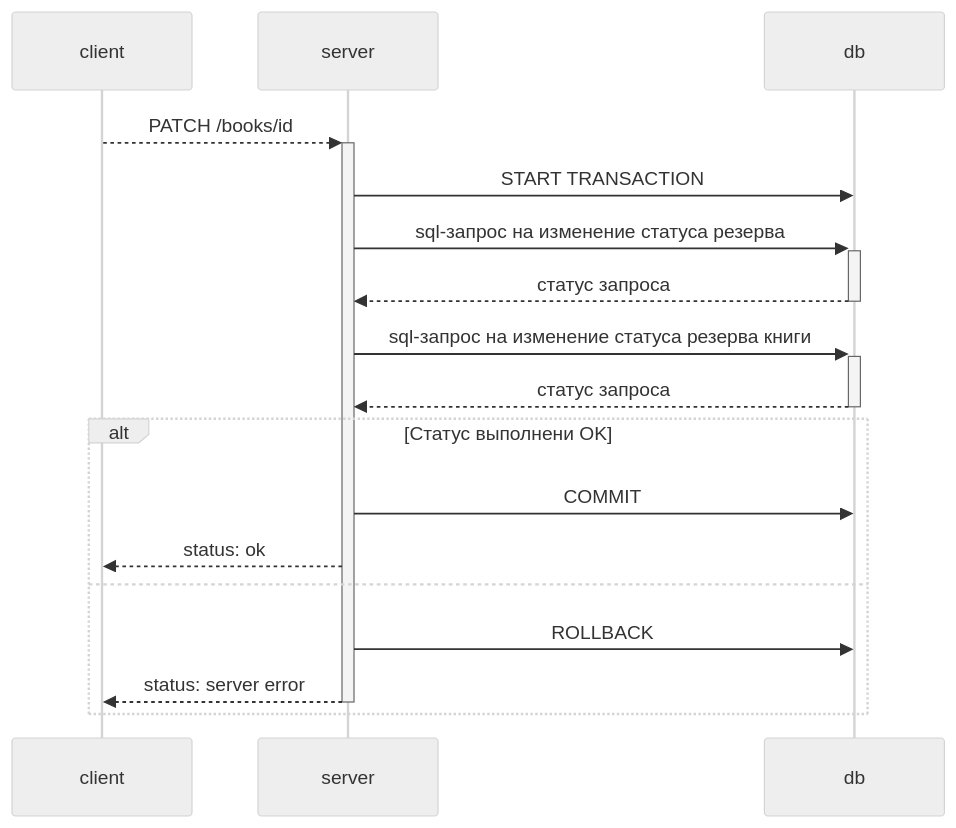
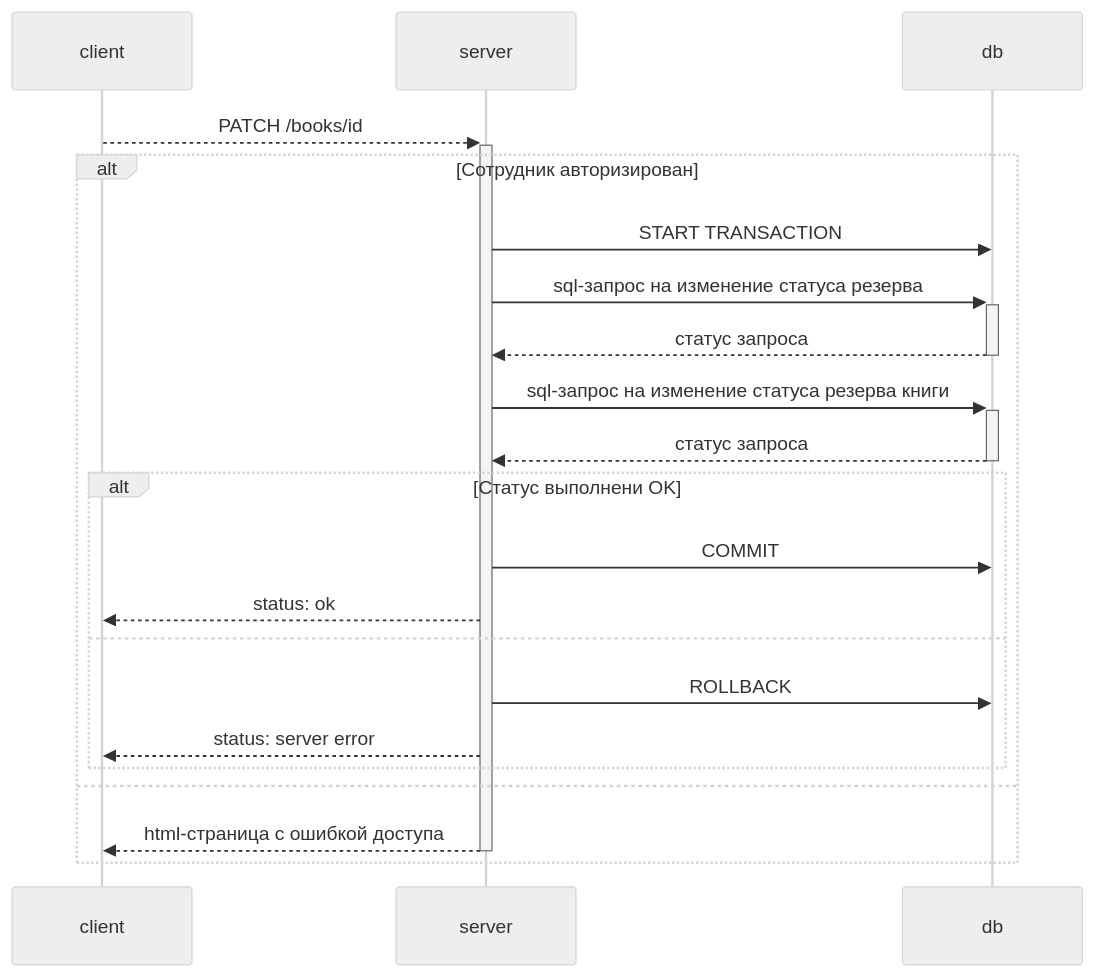
Before and after one commit to Ergorium/Web-technology-3c-6s: the diagram in documentation/diagrams/sequenceDiagrams/book.patch.id.md, drawn with Mermaid (neutral theme). The commit also changed 16 other files, not shown here.

````diff
--- a/documentation/diagrams/sequenceDiagrams/book.patch.id.md
+++ b/documentation/diagrams/sequenceDiagrams/book.patch.id.md
@@ -3,19 +3,23 @@
 ```mermaid
 sequenceDiagram;
   participant client
 	participant server
 	participant db
   client-->>+server: PATCH /books/id
+  alt Сотрудник авторизирован
   server->>db: START TRANSACTION
   server->>+db: sql-запрос на изменение статуса резерва
   db-->>-server: статус запроса
   server->>+db: sql-запрос на изменение статуса резерва книги
   db-->>-server: статус запроса
   alt Статус выполнени OK
     server->>db: COMMIT
     server-->>client: status: ok
   else
     server->>db: ROLLBACK
-    server-->>-client: status: server error
+    server-->>client: status: server error
+  end
+  else
+    server-->>-client: html-страница с ошибкой доступа
   end
 ```
````
